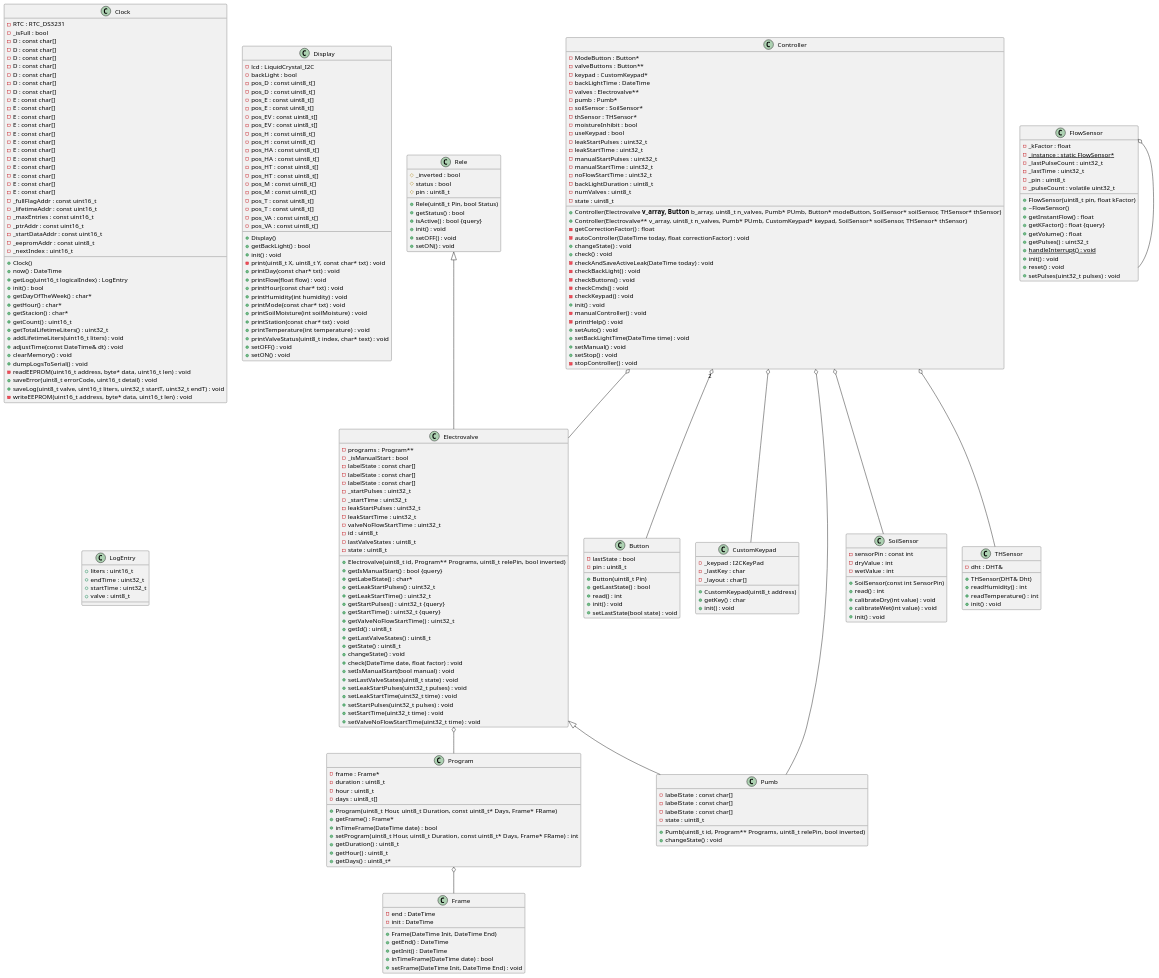
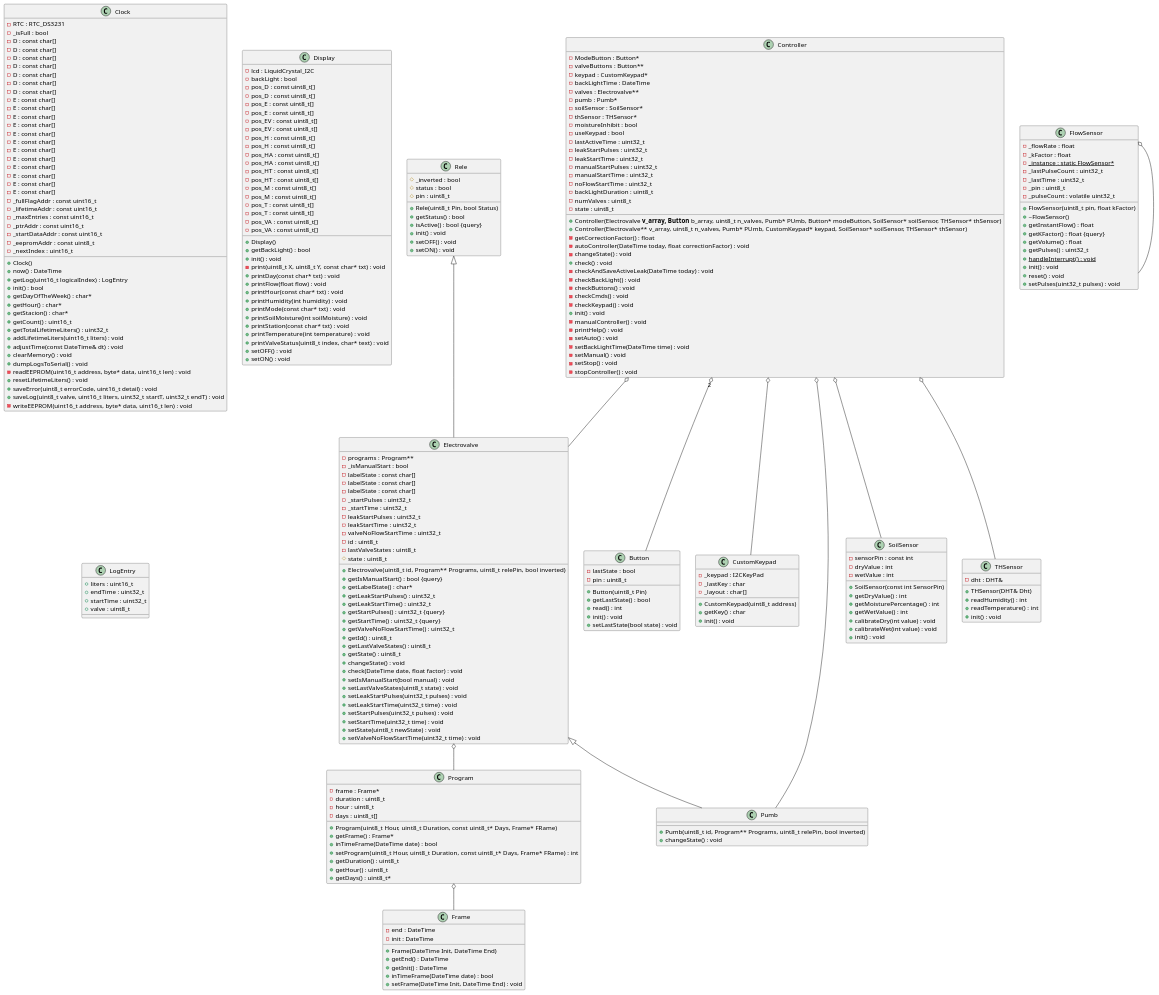
One commit to joseenriquegomezrodriguez/controladorREC changed the diagram in uml/diagrama.puml. Above: the diagram before and after it, drawn with PlantUML. The commit also changed 9 other files, not shown here.

```diff
--- a/uml/diagrama.puml
+++ b/uml/diagrama.puml
@@ -60,6 +60,7 @@
 	+clearMemory() : void
 	+dumpLogsToSerial() : void
 	-readEEPROM(uint16_t address, byte* data, uint16_t len) : void
+	+resetLifetimeLiters() : void
 	+saveError(uint8_t errorCode, uint16_t detail) : void
 	+saveLog(uint8_t valve, uint16_t liters, uint32_t startT, uint32_t endT) : void
 	-writeEEPROM(uint16_t address, byte* data, uint16_t len) : void
@@ -80,6 +81,7 @@
 	-moistureInhibit : bool
 	-useKeypad : bool
 	-getCorrectionFactor() : float
+	-lastActiveTime : uint32_t
 	-leakStartPulses : uint32_t
 	-leakStartTime : uint32_t
 	-manualStartPulses : uint32_t
@@ -89,7 +91,7 @@
 	-numValves : uint8_t
 	-state : uint8_t
 	-autoController(DateTime today, float correctionFactor) : void
-	+changeState() : void
+	-changeState() : void
 	+check() : void
 	-checkAndSaveActiveLeak(DateTime today) : void
 	-checkBackLight() : void
@@ -99,10 +101,10 @@
 	+init() : void
 	-manualController() : void
 	-printHelp() : void
-	+setAuto() : void
-	+setBackLightTime(DateTime time) : void
-	+setManual() : void
-	+setStop() : void
+	-setAuto() : void
+	-setBackLightTime(DateTime time) : void
+	-setManual() : void
+	-setStop() : void
 	-stopController() : void
 }
 
@@ -180,7 +182,7 @@
 	+getState() : uint8_t
 	-id : uint8_t
 	-lastValveStates : uint8_t
-	-state : uint8_t
+	#state : uint8_t
 	+changeState() : void
 	+check(DateTime date, float factor) : void
 	+setIsManualStart(bool manual) : void
@@ -189,6 +191,7 @@
 	+setLeakStartTime(uint32_t time) : void
 	+setStartPulses(uint32_t pulses) : void
 	+setStartTime(uint32_t time) : void
+	+setState(uint8_t newState) : void
 	+setValveNoFlowStartTime(uint32_t time) : void
 }
 
@@ -196,6 +199,7 @@
 class FlowSensor {
 	+FlowSensor(uint8_t pin, float kFactor)
 	+~FlowSensor()
+	-_flowRate : float
 	-_kFactor : float
 	+getInstantFlow() : float
 	+getKFactor() : float {query}
@@ -241,10 +245,6 @@
 
 class Pumb {
 	+Pumb(uint8_t id, Program** Programs, uint8_t relePin, bool inverted)
-	-labelState : const char[]
-	-labelState : const char[]
-	-labelState : const char[]
-	-state : uint8_t
 	+changeState() : void
 }
 
@@ -266,7 +266,9 @@
 	+SoilSensor(const int SensorPin)
 	-sensorPin : const int
 	-dryValue : int
-	+read() : int
+	+getDryValue() : int
+	+getMoisturePercentage() : int
+	+getWetValue() : int
 	-wetValue : int
 	+calibrateDry(int value) : void
 	+calibrateWet(int value) : void
```
